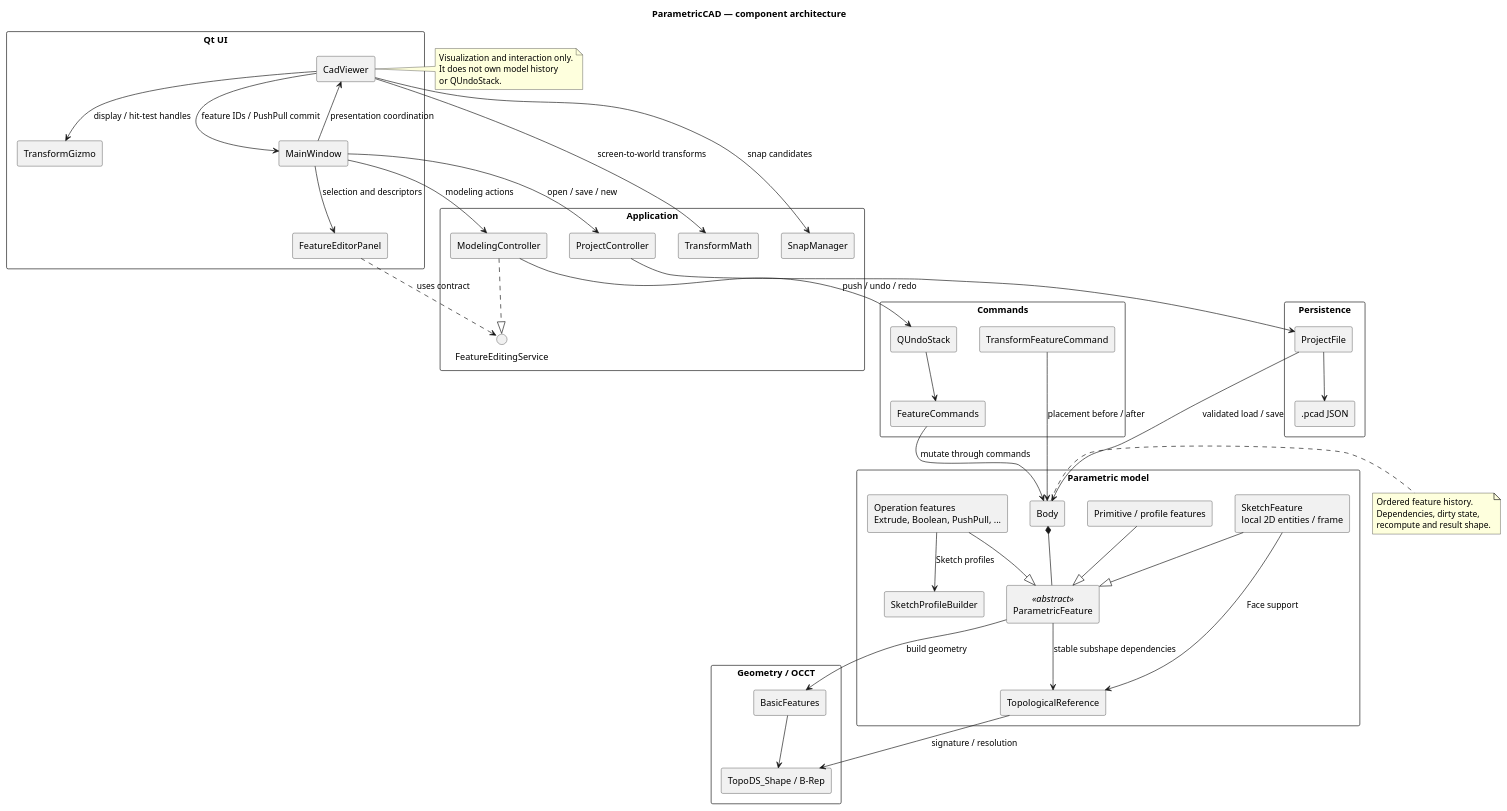
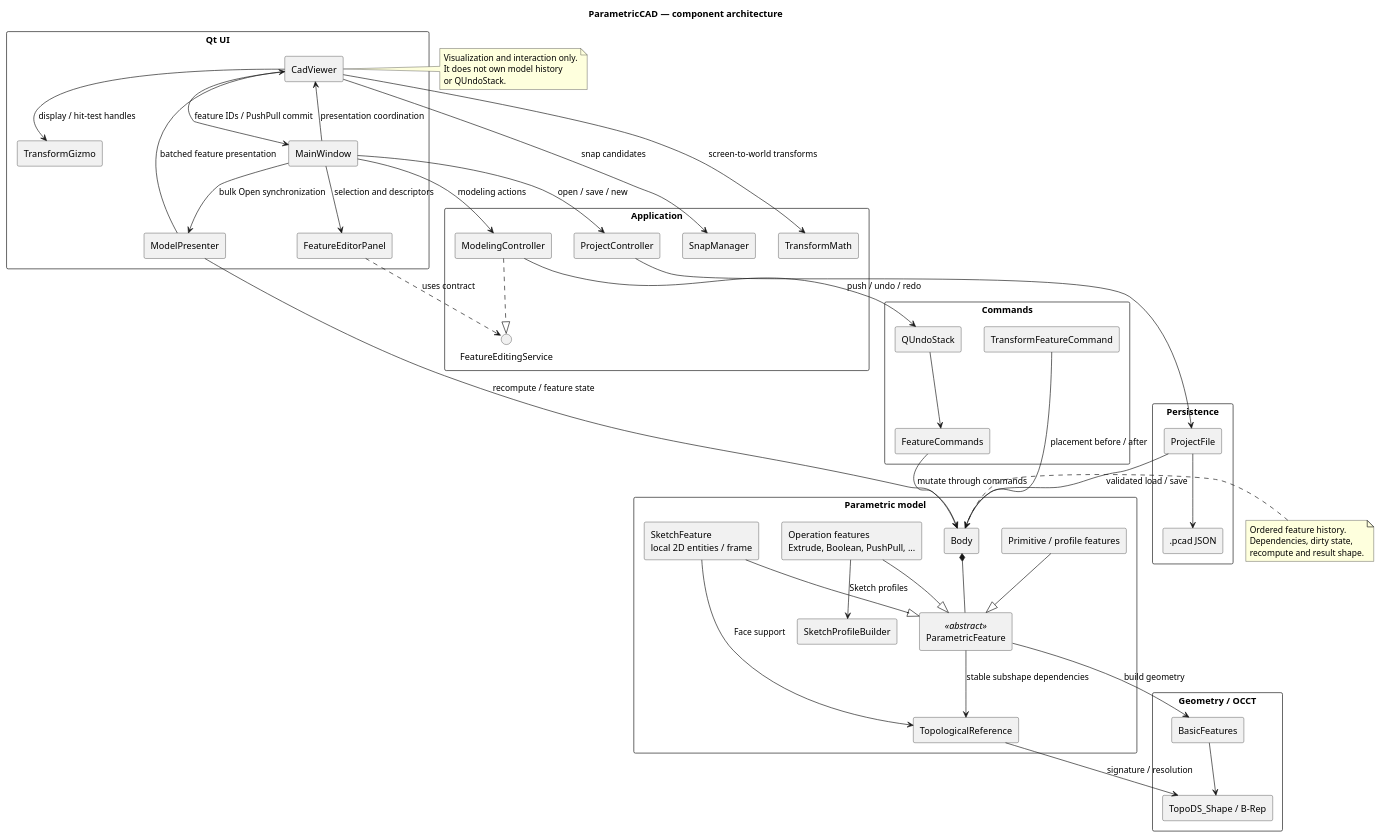
The diagram in docs/diagrams/architecture-overview.puml (coltrack-dev/ParametricCAD), drawn with PlantUML before and after one commit. The commit also changed 4 other files, not shown here.

```diff
--- a/docs/diagrams/architecture-overview.puml
+++ b/docs/diagrams/architecture-overview.puml
@@ -1,95 +1,99 @@
 @startuml
 title ParametricCAD — component architecture
 
 skinparam componentStyle rectangle
 skinparam packageStyle rectangle
 skinparam shadowing false
 
 package "Qt UI" {
     component MainWindow
     component FeatureEditorPanel
     component CadViewer
+    component ModelPresenter
     component TransformGizmo
 }
 
 package "Application" {
     component ModelingController
     component ProjectController
     component SnapManager
     component TransformMath
     interface FeatureEditingService
 }
 
 package "Commands" {
     component QUndoStack
     component FeatureCommands
     component TransformFeatureCommand
 }
 
 package "Parametric model" {
     component Body
     component ParametricFeature <<abstract>>
     component TopologicalReference
     component "SketchFeature\nlocal 2D entities / frame" as SketchFeature
     component "Primitive / profile features" as PrimitiveFeatures
     component "Operation features\nExtrude, Boolean, PushPull, ..." as OperationFeatures
     component SketchProfileBuilder
 }
 
 package "Geometry / OCCT" {
     component BasicFeatures
     component "TopoDS_Shape / B-Rep" as BRep
 }
 
 package "Persistence" {
     component ProjectFile
     component ".pcad JSON" as Pcad
 }
 
 MainWindow --> ModelingController : modeling actions
 MainWindow --> ProjectController : open / save / new
 MainWindow --> FeatureEditorPanel : selection and descriptors
 MainWindow --> CadViewer : presentation coordination
+MainWindow --> ModelPresenter : bulk Open synchronization
+ModelPresenter --> CadViewer : batched feature presentation
+ModelPresenter --> Body : recompute / feature state
 
 FeatureEditorPanel ..> FeatureEditingService : uses contract
 ModelingController ..|> FeatureEditingService
 
 CadViewer --> MainWindow : feature IDs / PushPull commit
 CadViewer --> TransformGizmo : display / hit-test handles
 CadViewer --> TransformMath : screen-to-world transforms
 CadViewer --> SnapManager : snap candidates
 
 ModelingController --> QUndoStack : push / undo / redo
 QUndoStack --> FeatureCommands
 FeatureCommands --> Body : mutate through commands
 TransformFeatureCommand --> Body : placement before / after
 
 Body *-- ParametricFeature
 PrimitiveFeatures --|> ParametricFeature
 OperationFeatures --|> ParametricFeature
 OperationFeatures --> SketchProfileBuilder : Sketch profiles
 SketchFeature --|> ParametricFeature
 SketchFeature --> TopologicalReference : Face support
 
 ParametricFeature --> BasicFeatures : build geometry
 ParametricFeature --> TopologicalReference : stable subshape dependencies
 TopologicalReference --> BRep : signature / resolution
 BasicFeatures --> BRep
 
 ProjectController --> ProjectFile
 ProjectFile --> Body : validated load / save
 ProjectFile --> Pcad
 
 note right of CadViewer
   Visualization and interaction only.
   It does not own model history
   or QUndoStack.
 end note
 
 note right of Body
   Ordered feature history.
   Dependencies, dirty state,
   recompute and result shape.
 end note
 
 @enduml
```
